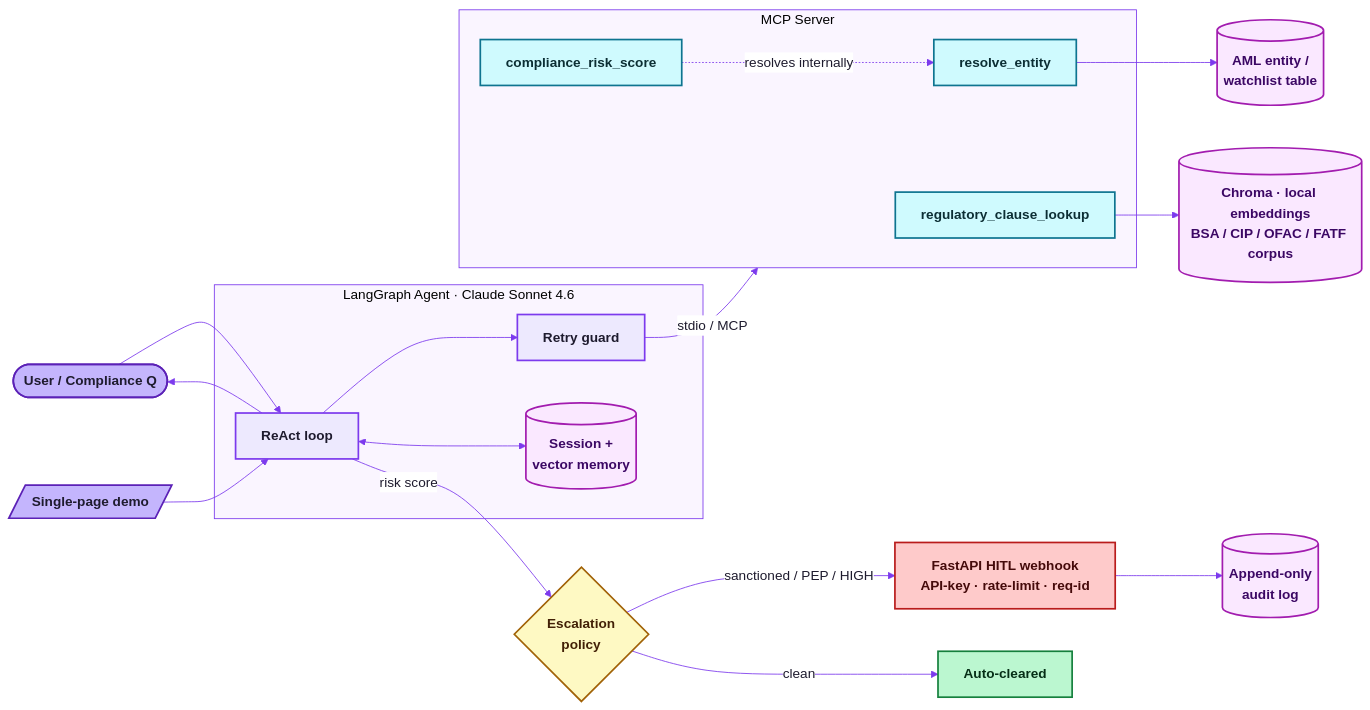
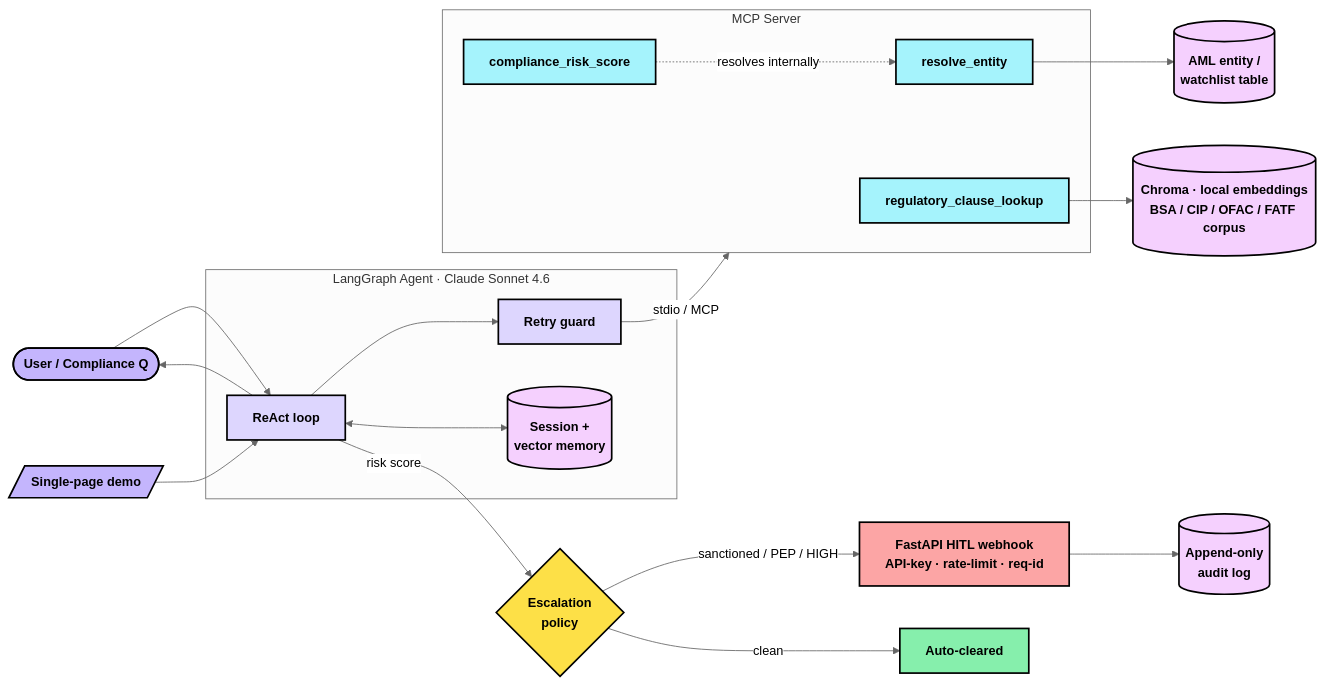
The diagram in README.md (nehashirodkar/mcp-compliance-assistant), drawn with Mermaid before and after one commit. The commit also changed other lines of this file, not shown here.

Commit message:
docs: high-contrast diagram, personalized footer, align demo port with gif

````diff
--- a/README.md
+++ b/README.md
@@ -41,42 +41,37 @@
 ```mermaid
-%%{init: {'theme':'base','themeVariables':{
-  'fontSize':'16px','fontFamily':'monospace',
-  'primaryColor':'#ede9fe','primaryTextColor':'#1e1b2e','primaryBorderColor':'#7c3aed',
-  'lineColor':'#7c3aed','textColor':'#1e1b2e',
-  'clusterBkg':'#faf5ff','clusterBorder':'#7c3aed',
-  'edgeLabelBackground':'#ffffff'}}}%%
+%%{init: {'theme':'neutral','themeVariables':{'fontSize':'15px'}}}%%
 flowchart LR
     U([User / Compliance Q]):::io --> A
     DEMO[/Single-page demo/]:::io --> A
 
     subgraph AGENT["LangGraph Agent · Claude Sonnet 4.6"]
         A[ReAct loop]:::agent --> R[Retry guard]:::agent
         A <--> M[(Session +<br/>vector memory)]:::store
     end
 
     R -- stdio / MCP --> S
 
     subgraph S["MCP Server"]
         T1[regulatory_clause_lookup]:::tool
         T2[compliance_risk_score]:::tool
         T3[resolve_entity]:::tool
     end
 
     T1 --> C[(Chroma · local embeddings<br/>BSA / CIP / OFAC / FATF corpus)]:::store
     T3 --> E[(AML entity /<br/>watchlist table)]:::store
     T2 -. resolves internally .-> T3
 
     A -- risk score --> P{Escalation<br/>policy}:::policy
     P -- sanctioned / PEP / HIGH --> H[FastAPI HITL webhook<br/>API-key · rate-limit · req-id]:::hitl
     P -- clean --> CLR[Auto-cleared]:::ok
     H --> AUD[(Append-only<br/>audit log)]:::store
     A --> U
 
-    classDef io fill:#c4b5fd,stroke:#5b21b6,stroke-width:2px,color:#1e1b2e,font-weight:bold;
-    classDef agent fill:#ede9fe,stroke:#7c3aed,stroke-width:2px,color:#1e1b2e,font-weight:bold;
-    classDef tool fill:#cffafe,stroke:#0e7490,stroke-width:2px,color:#0c2e34,font-weight:bold;
-    classDef store fill:#fae8ff,stroke:#a21caf,stroke-width:2px,color:#3b0764,font-weight:bold;
-    classDef policy fill:#fef9c3,stroke:#a16207,stroke-width:2px,color:#422006,font-weight:bold;
-    classDef hitl fill:#fecaca,stroke:#b91c1c,stroke-width:2px,color:#450a0a,font-weight:bold;
-    classDef ok fill:#bbf7d0,stroke:#15803d,stroke-width:2px,color:#052e16,font-weight:bold;
+    classDef io fill:#c4b5fd,stroke:#000000,stroke-width:2px,color:#000000,font-weight:bold;
+    classDef agent fill:#ddd6fe,stroke:#000000,stroke-width:2px,color:#000000,font-weight:bold;
+    classDef tool fill:#a5f3fc,stroke:#000000,stroke-width:2px,color:#000000,font-weight:bold;
+    classDef store fill:#f5d0fe,stroke:#000000,stroke-width:2px,color:#000000,font-weight:bold;
+    classDef policy fill:#fde047,stroke:#000000,stroke-width:2px,color:#000000,font-weight:bold;
+    classDef hitl fill:#fca5a5,stroke:#000000,stroke-width:2px,color:#000000,font-weight:bold;
+    classDef ok fill:#86efac,stroke:#000000,stroke-width:2px,color:#000000,font-weight:bold;
 ```
````
